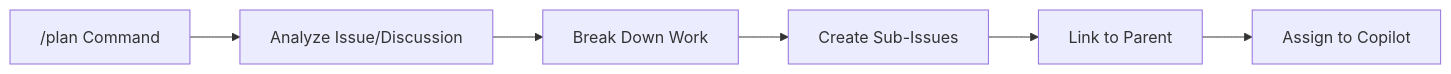
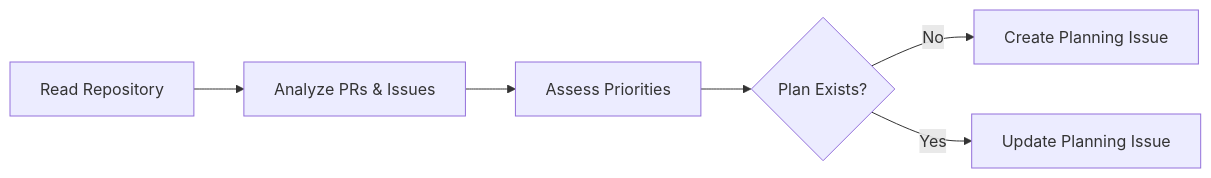
The diagram in docs/plan.md (githubnext/agentics), drawn with Mermaid before and after one commit. The commit also changed other lines of this file and 72 other files, not shown here.

````diff
--- a/docs/plan.md
+++ b/docs/plan.md
@@ -23,8 +23,8 @@
 ```mermaid
 graph LR
-    A["/plan Command"] --> B["Analyze Issue/Discussion"]
-    B --> C["Break Down Work"]
-    C --> D["Create Sub-Issues"]
-    D --> E["Link to Parent"]
-    E --> F["Assign to Copilot"]
+    A[Read Repository] --> B[Analyze PRs & Issues]
+    B --> C[Assess Priorities]
+    C --> D{Plan Exists?}
+    D -->|No| E[Create Planning Issue]
+    D -->|Yes| F[Update Planning Issue]
 ```
````
